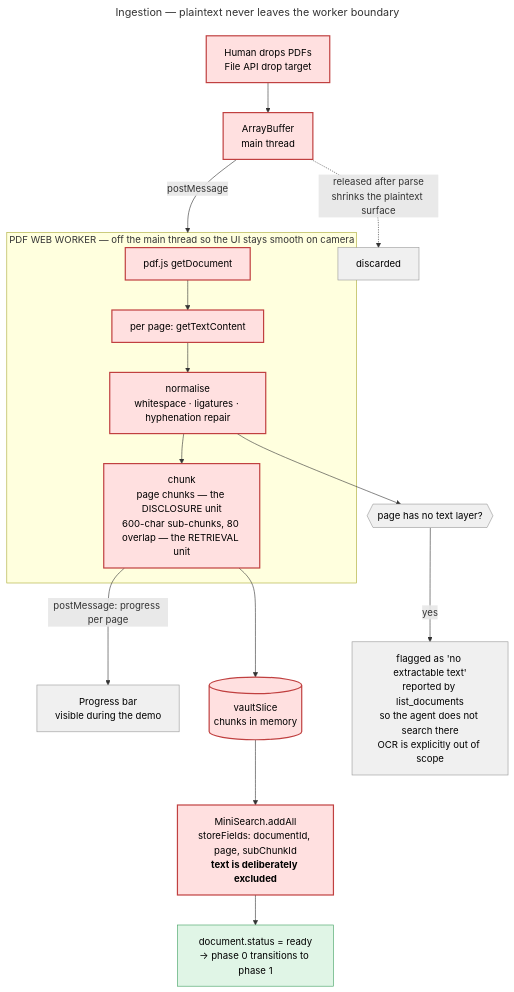
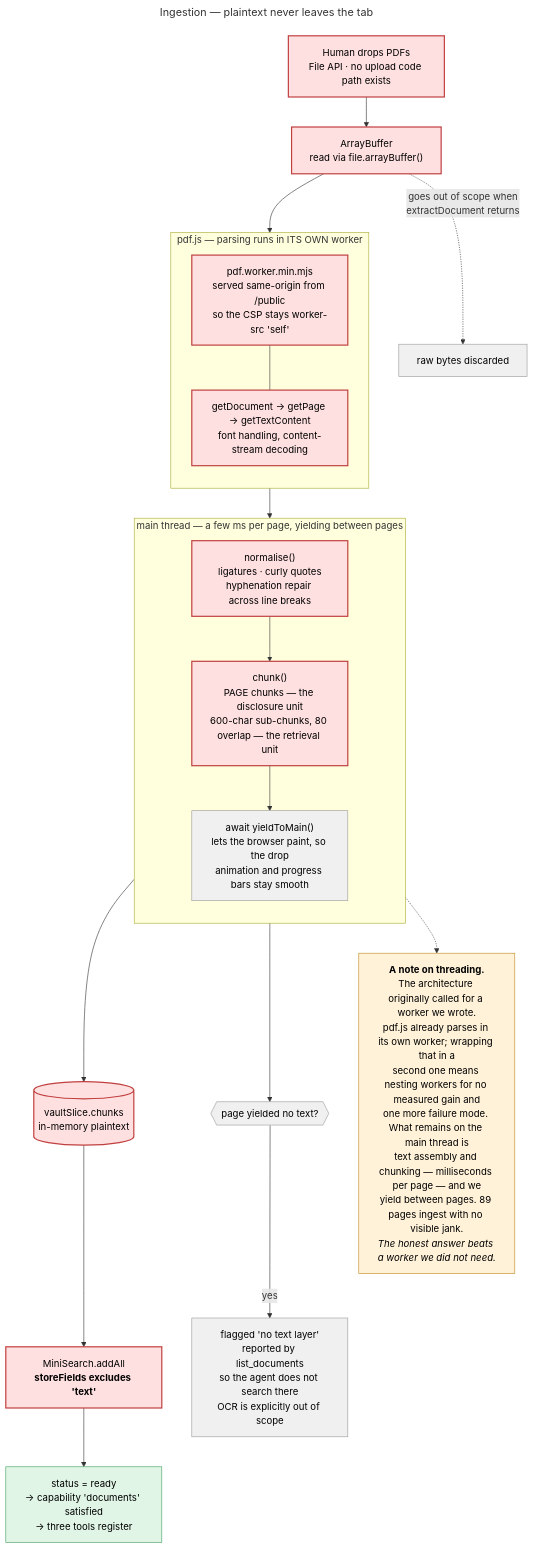
The diagram in docs/diagrams/src/08-ingestion-pipeline.mmd (edish-github/Consensus), drawn with Mermaid before and after one commit. The commit also changed 33 other files, not shown here.

Commit message:
docs: install complete documentation bundle with 22 diagrams and generated tool table

```diff
--- a/docs/diagrams/src/08-ingestion-pipeline.mmd
+++ b/docs/diagrams/src/08-ingestion-pipeline.mmd
@@ -1,34 +1,48 @@
 ---
-title: Ingestion — plaintext never leaves the worker boundary
+title: Ingestion — plaintext never leaves the tab
 ---
 flowchart TB
 
-  DROP["Human drops PDFs<br/>File API drop target"] --> BUF["ArrayBuffer<br/>main thread"]
-  BUF -->|"postMessage"| W
+  DROP["Human drops PDFs<br/>File API · no upload code path exists"] --> BUF["ArrayBuffer<br/>read via file.arrayBuffer()"]
 
-  subgraph W["PDF WEB WORKER — off the main thread so the UI stays smooth on camera"]
-    PDF["pdf.js getDocument"]
-    PAGE["per page: getTextContent"]
-    NORM["normalise<br/>whitespace · ligatures · hyphenation repair"]
-    CHUNK["chunk<br/>page chunks — the DISCLOSURE unit<br/>600-char sub-chunks, 80 overlap — the RETRIEVAL unit"]
-    PDF --> PAGE --> NORM --> CHUNK
+  BUF --> PDFJS
+
+  subgraph PDFJS["pdf.js — parsing runs in ITS OWN worker"]
+    direction TB
+    WORKER["pdf.worker.min.mjs<br/>served same-origin from /public<br/>so the CSP stays worker-src 'self'"]
+    PARSE["getDocument → getPage → getTextContent<br/>font handling, content-stream decoding"]
+    WORKER --- PARSE
   end
 
-  CHUNK -->|"postMessage: progress per page"| PROG["Progress bar<br/>visible during the demo"]
-  CHUNK --> STORE[("vaultSlice<br/>chunks in memory")]
-  STORE --> IDX["MiniSearch.addAll<br/>storeFields: documentId, page, subChunkId<br/><b>text is deliberately excluded</b>"]
-  IDX --> READY["document.status = ready<br/>→ phase 0 transitions to phase 1"]
+  PDFJS --> MAIN
 
-  BUF -.->|"released after parse<br/>shrinks the plaintext surface"| GC["discarded"]
+  subgraph MAIN["main thread — a few ms per page, yielding between pages"]
+    direction TB
+    NORM["normalise()<br/>ligatures · curly quotes<br/>hyphenation repair across line breaks"]
+    CHUNK["chunk()<br/>PAGE chunks — the disclosure unit<br/>600-char sub-chunks, 80 overlap — the retrieval unit"]
+    YIELD["await yieldToMain()<br/>lets the browser paint, so the drop<br/>animation and progress bars stay smooth"]
+    NORM --> CHUNK --> YIELD
+  end
 
-  EMPTY{{"page has no text layer?"}}
+  MAIN --> STORE[("vaultSlice.chunks<br/>in-memory plaintext")]
+  STORE --> IDX["MiniSearch.addAll<br/><b>storeFields excludes 'text'</b>"]
+  IDX --> READY["status = ready<br/>→ capability 'documents' satisfied<br/>→ three tools register"]
+
+  BUF -.->|"goes out of scope when<br/>extractDocument returns"| GONE["raw bytes discarded"]
+
+  EMPTY{{"page yielded no text?"}}
   NORM --> EMPTY
-  EMPTY -->|"yes"| FLAG["flagged as 'no extractable text'<br/>reported by list_documents<br/>so the agent does not search there<br/>OCR is explicitly out of scope"]
+  EMPTY -->|yes| FLAG["flagged 'no text layer'<br/>reported by list_documents<br/>so the agent does not search there<br/>OCR is explicitly out of scope"]
+
+  HONEST["<b>A note on threading.</b><br/>The architecture originally called for a worker we wrote.<br/>pdf.js already parses in its own worker; wrapping that in a<br/>second one means nesting workers for no measured gain and<br/>one more failure mode. What remains on the main thread is<br/>text assembly and chunking — milliseconds per page — and we<br/>yield between pages. 89 pages ingest with no visible jank.<br/><i>The honest answer beats a worker we did not need.</i>"]
+  MAIN -.-> HONEST
 
   classDef plaintext fill:#ffe0e0,stroke:#c04040,stroke-width:2px,color:#000
   classDef infra fill:#f0f0f0,stroke:#999,color:#000
   classDef ok fill:#e0f5e6,stroke:#40a060,color:#000
+  classDef note fill:#fff2d9,stroke:#c08820,color:#000
 
-  class DROP,BUF,PDF,PAGE,NORM,CHUNK,STORE,IDX plaintext
-  class PROG,GC,EMPTY,FLAG infra
+  class DROP,BUF,WORKER,PARSE,NORM,CHUNK,STORE,IDX plaintext
+  class YIELD,GONE,EMPTY,FLAG infra
   class READY ok
+  class HONEST note
```
